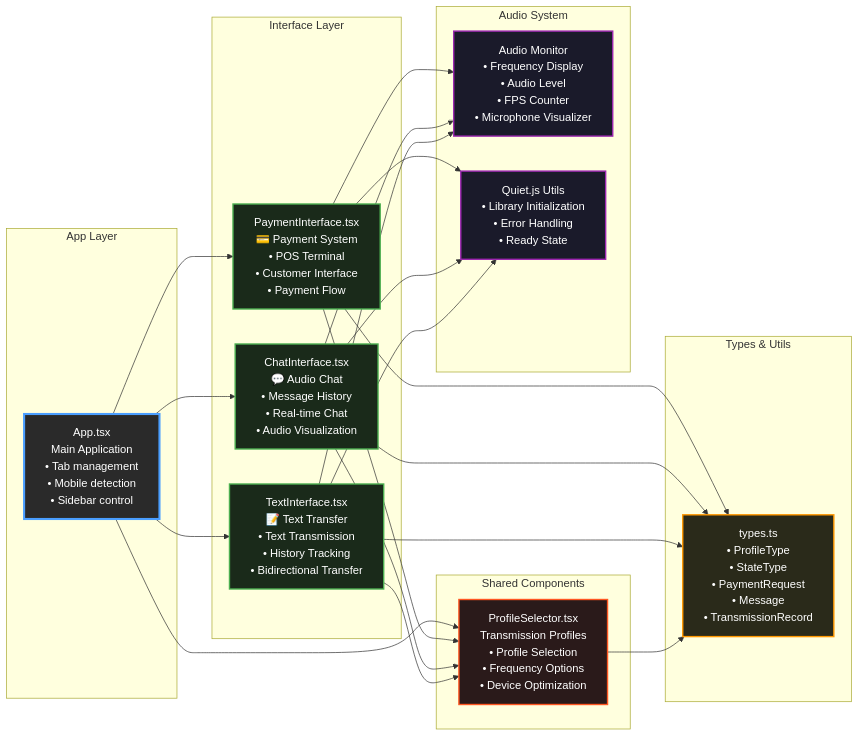
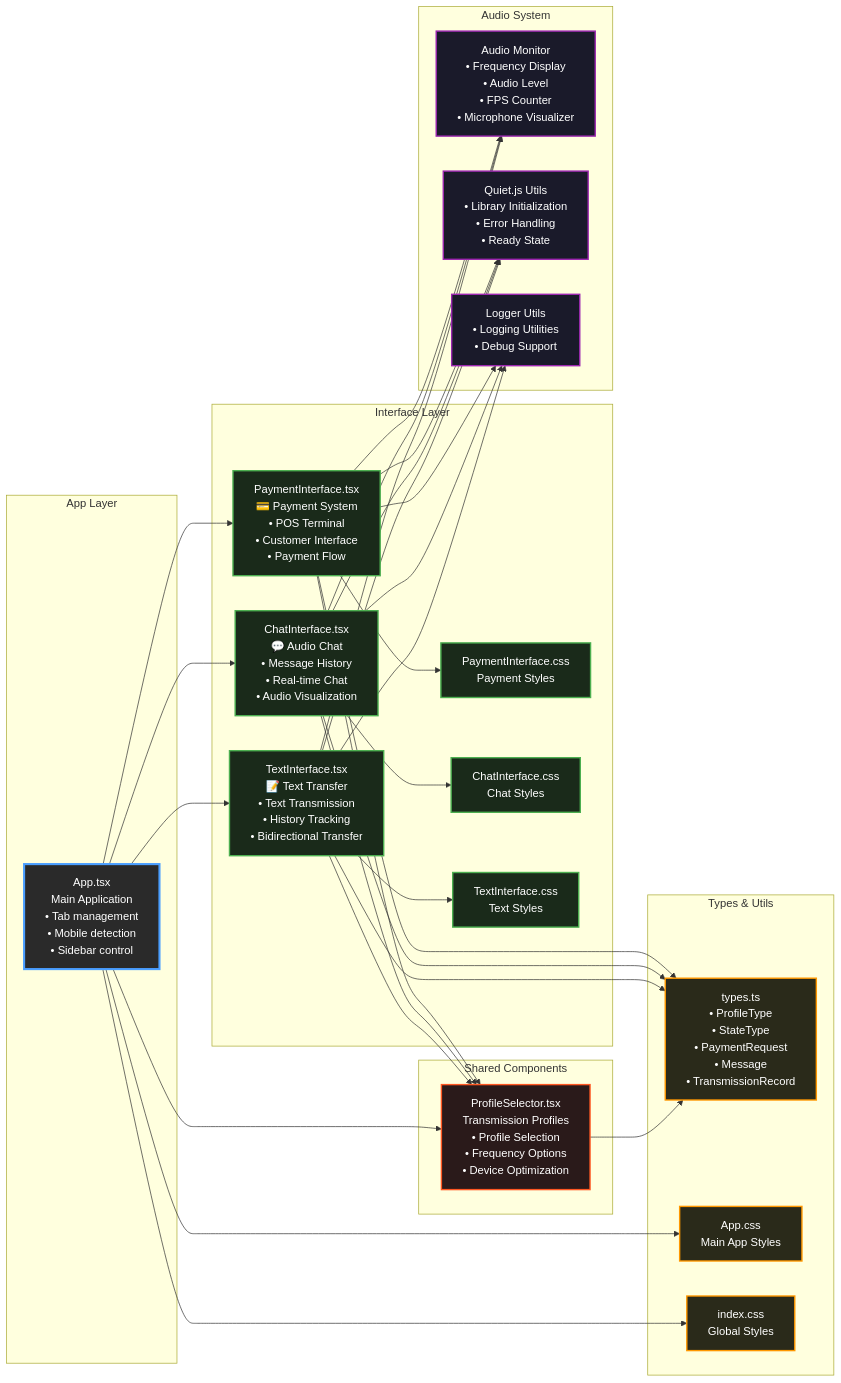
The diagram in docs/component-relationships.mmd (IFAKA/ultrasound-payments), drawn with Mermaid before and after one commit. The commit also changed 4 other files, not shown here.

Commit message:
Update README and architecture documentation to reflect changes in transmission profiles and repository links. Add new CSS files for Payment, Chat, and Text interfaces, and enhance component relationships diagrams with updated styles and utilities.

```diff
--- a/docs/component-relationships.mmd
+++ b/docs/component-relationships.mmd
@@ -1,62 +1,76 @@
 graph LR
     subgraph "App Layer"
         App["App.tsx<br/>Main Application<br/>• Tab management<br/>• Mobile detection<br/>• Sidebar control"]
     end
     
     subgraph "Interface Layer"
         Payment["PaymentInterface.tsx<br/>💳 Payment System<br/>• POS Terminal<br/>• Customer Interface<br/>• Payment Flow"]
+        PaymentCSS["PaymentInterface.css<br/>Payment Styles"]
         Chat["ChatInterface.tsx<br/>💬 Audio Chat<br/>• Message History<br/>• Real-time Chat<br/>• Audio Visualization"]
+        ChatCSS["ChatInterface.css<br/>Chat Styles"]
         Text["TextInterface.tsx<br/>📝 Text Transfer<br/>• Text Transmission<br/>• History Tracking<br/>• Bidirectional Transfer"]
+        TextCSS["TextInterface.css<br/>Text Styles"]
     end
     
     subgraph "Shared Components"
         ProfileSelector["ProfileSelector.tsx<br/>Transmission Profiles<br/>• Profile Selection<br/>• Frequency Options<br/>• Device Optimization"]
     end
     
     subgraph "Audio System"
         AudioMonitor["Audio Monitor<br/>• Frequency Display<br/>• Audio Level<br/>• FPS Counter<br/>• Microphone Visualizer"]
         QuietInit["Quiet.js Utils<br/>• Library Initialization<br/>• Error Handling<br/>• Ready State"]
+        Logger["Logger Utils<br/>• Logging Utilities<br/>• Debug Support"]
     end
     
     subgraph "Types & Utils"
         Types["types.ts<br/>• ProfileType<br/>• StateType<br/>• PaymentRequest<br/>• Message<br/>• TransmissionRecord"]
+        AppCSS["App.css<br/>Main App Styles"]
+        IndexCSS["index.css<br/>Global Styles"]
     end
     
     %% App to Interfaces
     App --> Payment
     App --> Chat
     App --> Text
+    Payment --> PaymentCSS
+    Chat --> ChatCSS
+    Text --> TextCSS
     
     %% Shared Components
     App --> ProfileSelector
     Payment --> ProfileSelector
     Chat --> ProfileSelector
     Text --> ProfileSelector
     
     %% Audio System Integration
     Payment --> AudioMonitor
     Chat --> AudioMonitor
     Text --> AudioMonitor
     
     Payment --> QuietInit
     Chat --> QuietInit
     Text --> QuietInit
+    Payment --> Logger
+    Chat --> Logger
+    Text --> Logger
     
     %% Types Usage
     Payment --> Types
     Chat --> Types
     Text --> Types
     ProfileSelector --> Types
+    App --> AppCSS
+    App --> IndexCSS
     
     %% Styling
     classDef app fill:#2a2a2a,stroke:#4a9eff,stroke-width:3px,color:#fff
     classDef interface fill:#1a2a1a,stroke:#4caf50,stroke-width:2px,color:#fff
     classDef shared fill:#2a1a1a,stroke:#ff5722,stroke-width:2px,color:#fff
     classDef audio fill:#1a1a2a,stroke:#9c27b0,stroke-width:2px,color:#fff
     classDef types fill:#2a2a1a,stroke:#ff9800,stroke-width:2px,color:#fff
     
     class App app
-    class Payment,Chat,Text interface
+    class Payment,Chat,Text,PaymentCSS,ChatCSS,TextCSS interface
     class ProfileSelector shared
-    class AudioMonitor,QuietInit audio
-    class Types types
+    class AudioMonitor,QuietInit,Logger audio
+    class Types,AppCSS,IndexCSS types
```
